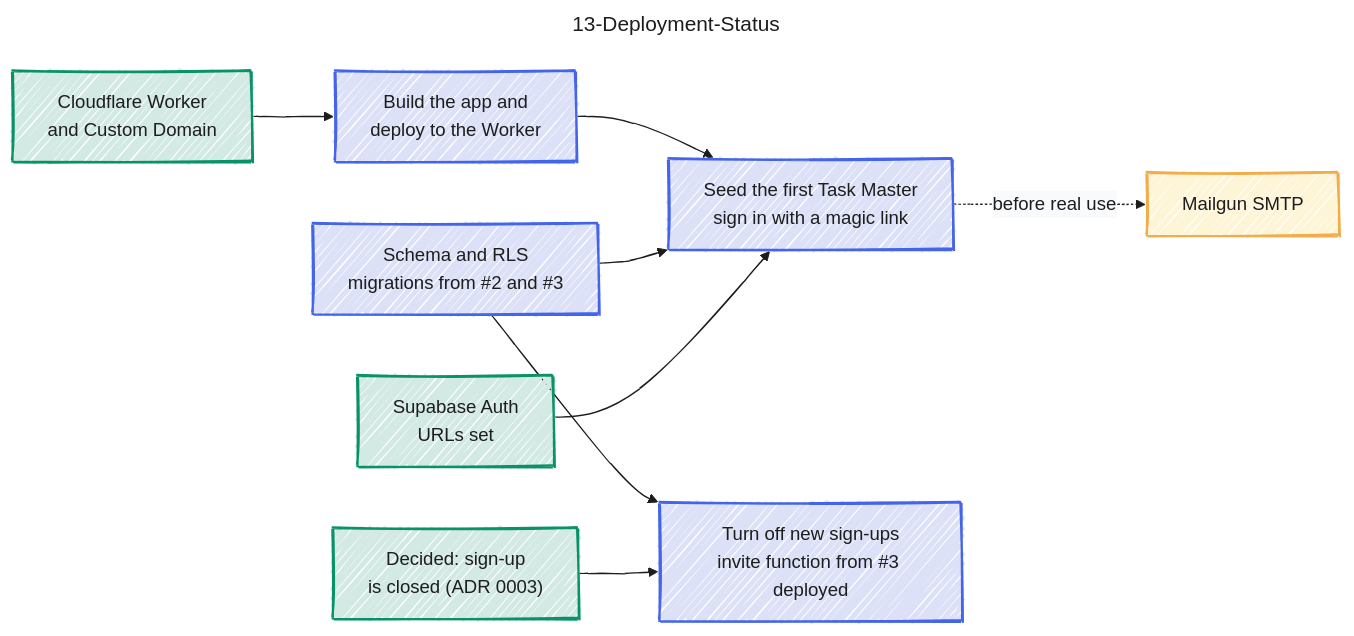
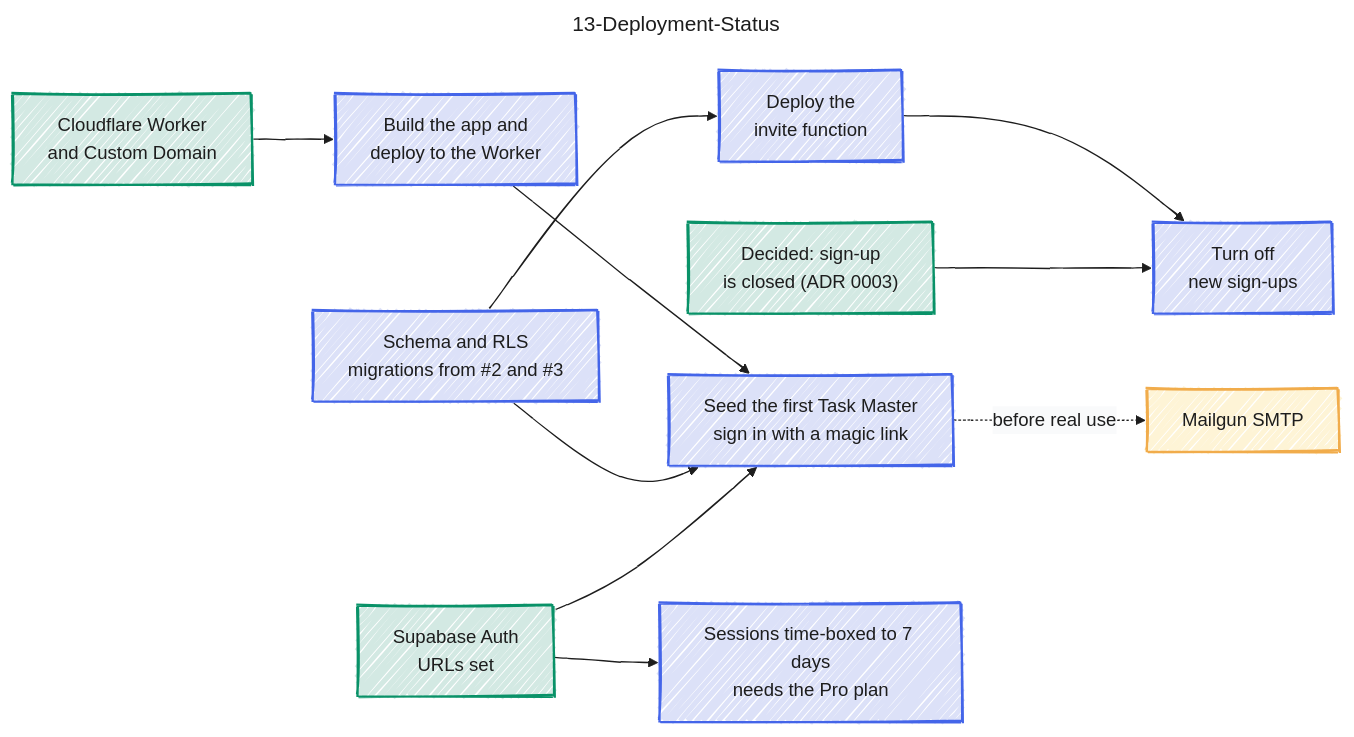
The diagram in docs/diagram/13-Deployment-Status.md (jedt3d/tasuku), drawn with Mermaid before and after one commit. The commit also changed other lines of this file and 7 other files, not shown here.

First line of the commit message:
docs: sync diagrams with Staff administration (#3)

```diff
--- a/docs/diagram/13-Deployment-Status.md
+++ b/docs/diagram/13-Deployment-Status.md
@@ -85,14 +85,18 @@
   schema["Schema and RLS<br/>migrations from #2 and #3"]:::blue
   app["Build the app and<br/>deploy to the Worker"]:::blue
   seed["Seed the first Task Master<br/>sign in with a magic link"]:::blue
-  signup["Turn off new sign-ups<br/>invite function from #3 deployed"]:::blue
+  invite["Deploy the<br/>invite function"]:::blue
+  signup["Turn off<br/>new sign-ups"]:::blue
+  session["Sessions time-boxed to 7 days<br/>needs the Pro plan"]:::blue
   mailgun["Mailgun SMTP"]:::yellow
   cf --> app
   auth --> seed
   schema --> seed
   app --> seed
   decided --> signup
-  schema --> signup
+  schema --> invite
+  invite --> signup
+  auth --> session
   seed -.->|"before real use"| mailgun
 
 
```
